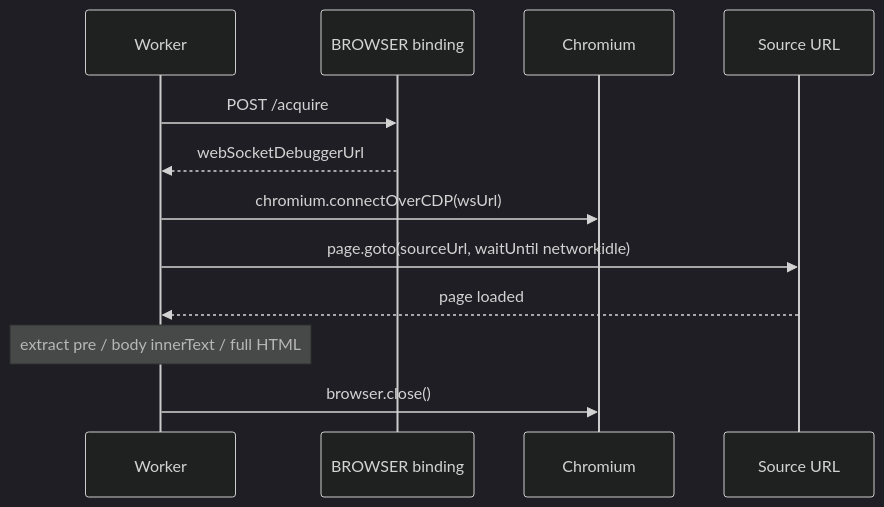
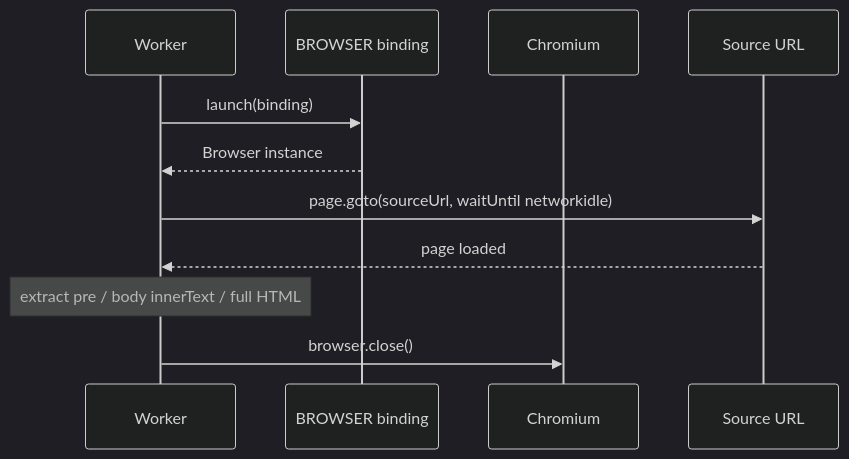
The second of 2 diagrams in docs/cloudflare/BROWSER_RENDERING.md (jaypatrick/adblock-compiler), drawn with Mermaid (dark theme) before and after one commit. The commit also changed other lines of this file and 7 other files, not shown here.

````diff
--- a/docs/cloudflare/BROWSER_RENDERING.md
+++ b/docs/cloudflare/BROWSER_RENDERING.md
@@ -57,15 +57,14 @@
 ```mermaid
 sequenceDiagram
     participant W as Worker
     participant B as BROWSER binding
     participant C as Chromium
     participant S as Source URL
 
-    W->>B: POST /acquire
-    B-->>W: webSocketDebuggerUrl
-    W->>C: chromium.connectOverCDP(wsUrl)
+    W->>B: launch(binding)
+    B-->>W: Browser instance
     W->>S: page.goto(sourceUrl, waitUntil networkidle)
     S-->>W: page loaded
     Note over W: extract pre / body innerText / full HTML
     W->>C: browser.close()
 ```
````
